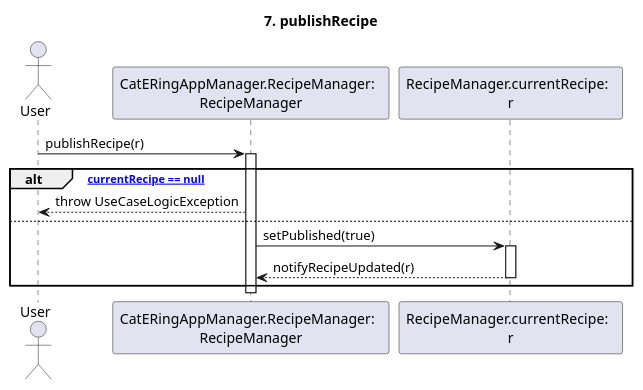
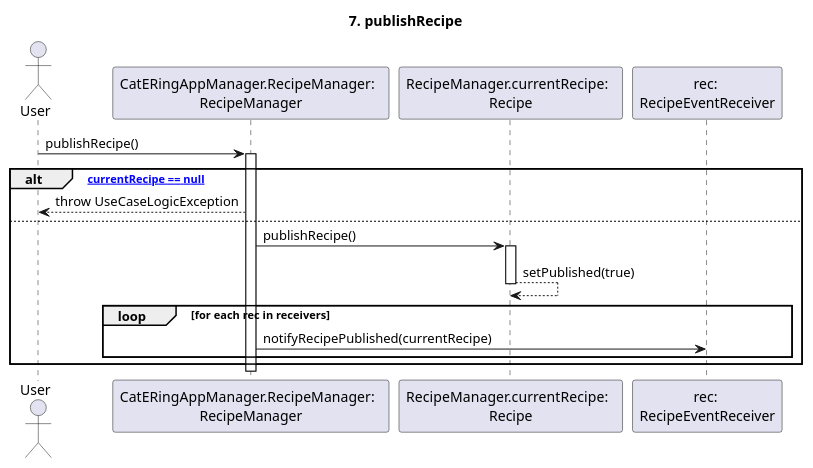
One commit to m0canu1/sas changed the diagram in dsd/dsd-ricette/5-publishRecipe.md. Above: the diagram before and after it, drawn with PlantUML. The commit also changed 3 other files, not shown here.

````diff
--- a/dsd/dsd-ricette/5-publishRecipe.md
+++ b/dsd/dsd-ricette/5-publishRecipe.md
@@ -1,23 +1,27 @@
 ```plantuml
 
 title: 7. publishRecipe
 
 Actor User
 Participant "CatERingAppManager.RecipeManager:  \nRecipeManager" as RM
-Participant "RecipeManager.currentRecipe:  \nr" as CR
+Participant "RecipeManager.currentRecipe:  \nRecipe" as CR
+Participant "rec: \nRecipeEventReceiver" as RER
 
-User -> RM: publishRecipe(r)
+User -> RM: publishRecipe()
 Activate RM
 
 alt ["currentRecipe == null"]
 	RM --> User: throw UseCaseLogicException
-else 
-	RM -> CR: setPublished(true)
+else
+	RM -> CR: publishRecipe()
 	Activate CR
-    CR --> RM: notifyRecipeUpdated(r)
+  CR --> CR: setPublished(true)
 	Deactivate CR
+	loop for each rec in receivers
+		RM -> RER: notifyRecipePublished(currentRecipe)
+	end
 end
 Deactivate RM
 
 
 ```
````
